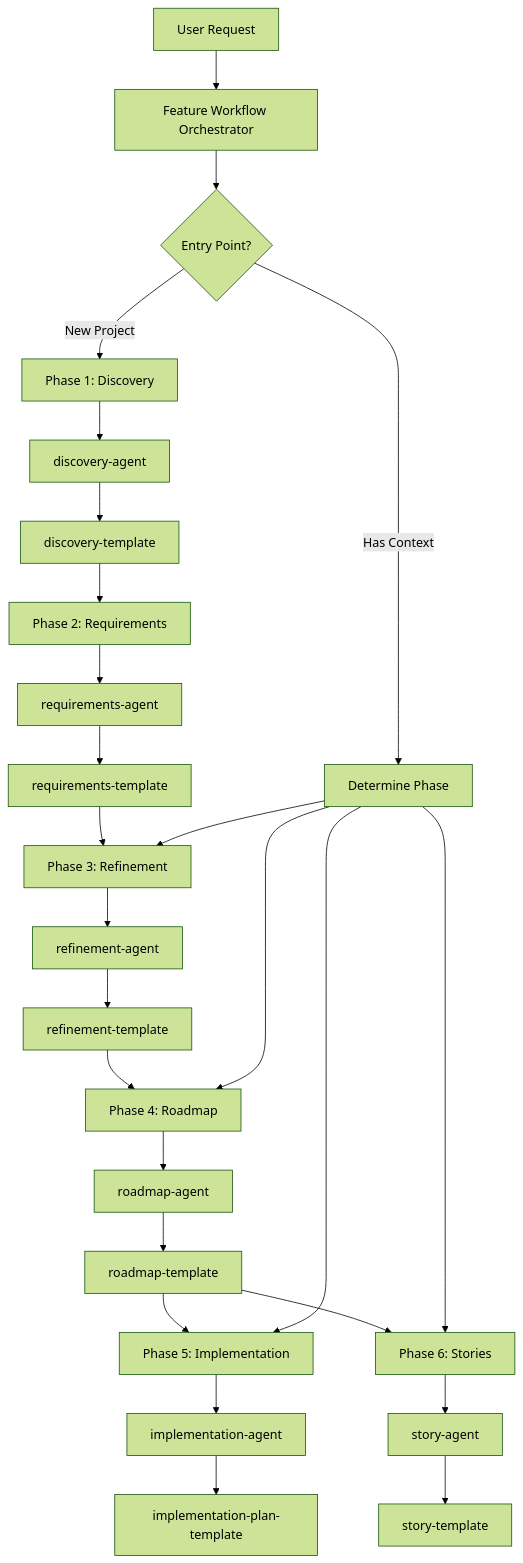
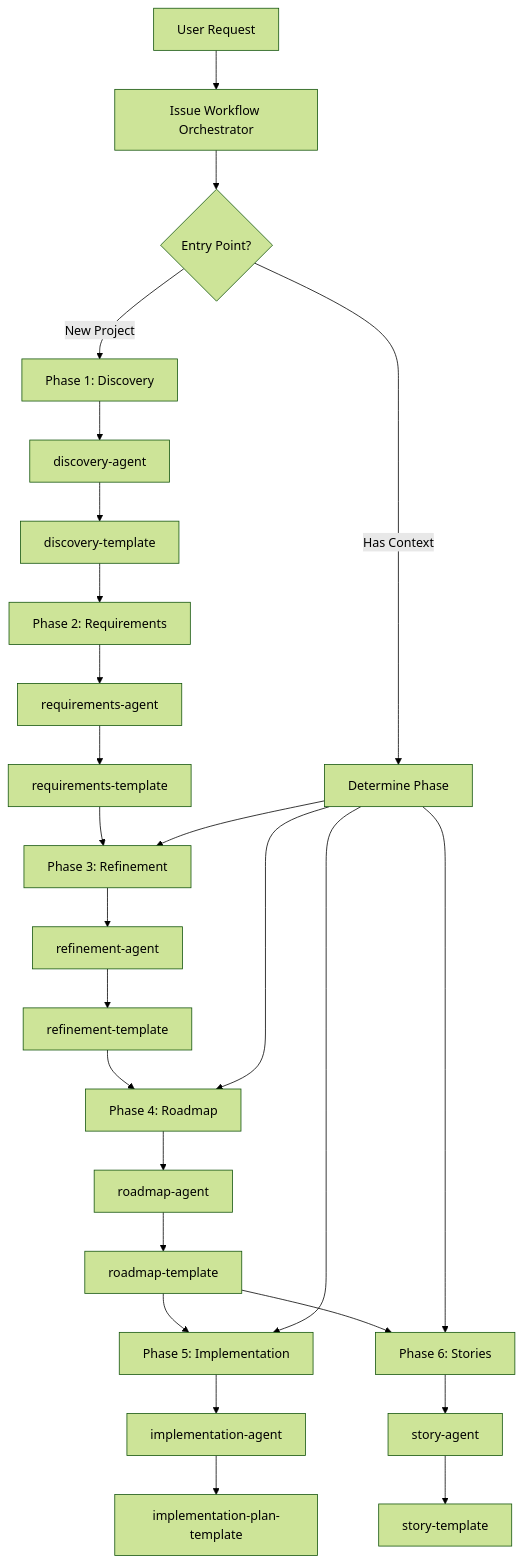
Before and after one commit to its-brianwithai/pew-pew-plx: the diagram in issues/workflows/000-WFL-plan-workflow/000-WFL-plan-workflow-pull-request-003-feature-workflow-implementation.md, drawn with Mermaid (forest theme). The commit also changed other lines of this file and 12 other files, not shown here.

````diff
--- a/issues/workflows/000-WFL-plan-workflow/000-WFL-plan-workflow-pull-request-003-feature-workflow-implementation.md
+++ b/issues/workflows/000-WFL-plan-workflow/000-WFL-plan-workflow-pull-request-003-feature-workflow-implementation.md
@@ -255,36 +255,36 @@
 ```mermaid
 graph TD
-    A[User Request] --> B[Feature Workflow Orchestrator]
+    A[User Request] --> B[Issue Workflow Orchestrator]
     B --> C{Entry Point?}
     
     C -->|New Project| D[Phase 1: Discovery]
     C -->|Has Context| E[Determine Phase]
     
     D --> F[discovery-agent]
     F --> G[discovery-template]
     
     G --> H[Phase 2: Requirements]
     H --> I[requirements-agent]
     I --> J[requirements-template]
     
     J --> K[Phase 3: Refinement]
     K --> L[refinement-agent]
     L --> M[refinement-template]
     
     M --> N[Phase 4: Roadmap]
     N --> O[roadmap-agent]
     O --> P[roadmap-template]
     
     P --> Q[Phase 5: Implementation]
     Q --> R[implementation-agent]
     R --> S[implementation-plan-template]
     
     P --> T[Phase 6: Stories]
     T --> U[story-agent]
     U --> V[story-template]
     
     E --> K
     E --> N
     E --> Q
     E --> T
 ```
````
